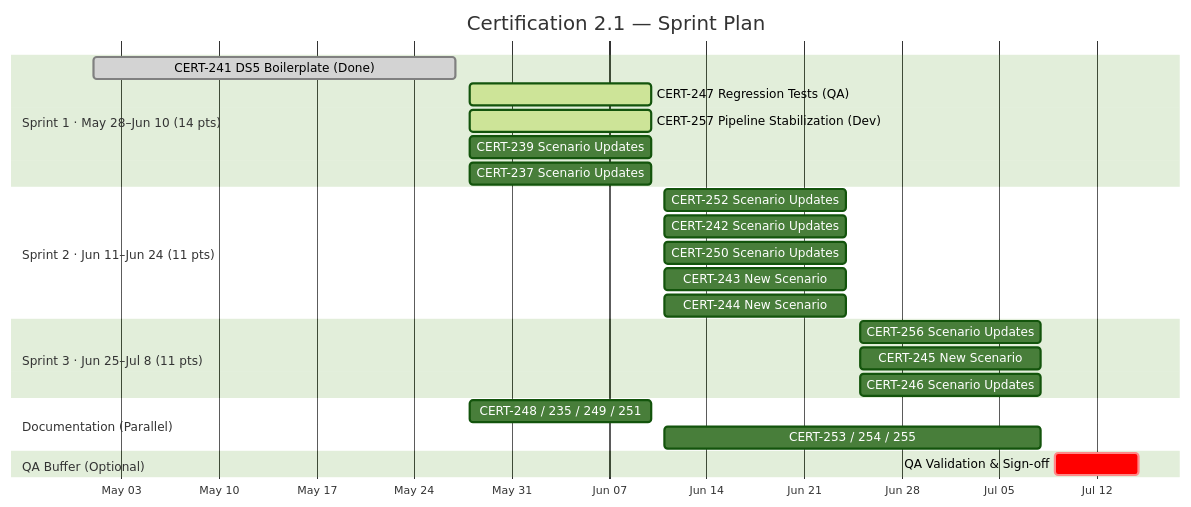
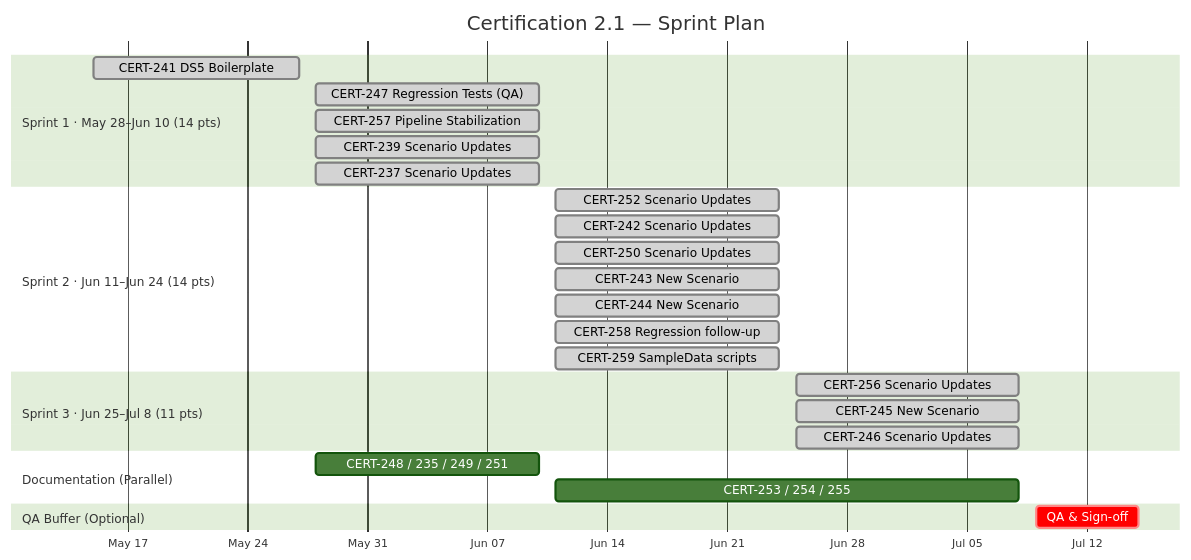
One commit to Ed-Fi-Alliance-OSS/certification-testing changed the second of 3 diagrams in bruno/docs/Certification 2.1 Roadmap.md. Above: the diagram before and after it, drawn with Mermaid (forest theme). The commit also changed other lines of this file and 39 other files, not shown here.

First line of the commit message:
[CERT-245] StudentEdOrgResponsibilityAssoc scenario (#140)

````diff
--- a/bruno/docs/Certification 2.1 Roadmap.md
+++ b/bruno/docs/Certification 2.1 Roadmap.md
@@ -102,32 +110,34 @@
 ```mermaid
 gantt
     title Certification 2.1 — Sprint Plan
     dateFormat  YYYY-MM-DD
     axisFormat  %b %d
 
     section Sprint 1 · May 28–Jun 10 (14 pts)
-    CERT-241 DS5 Boilerplate (Done)         :done,   cert241, 2026-05-01, 2026-05-27
-    CERT-247 Regression Tests (QA)          :active, cert247, 2026-05-28, 2026-06-10
-    CERT-257 Pipeline Stabilization (Dev)   :active, cert257, 2026-05-28, 2026-06-10
-    CERT-239 Scenario Updates               :cert239, 2026-05-28, 2026-06-10
-    CERT-237 Scenario Updates               :cert237, 2026-05-28, 2026-06-10
+    CERT-241 DS5 Boilerplate         :done, cert241, 2026-05-15, 2026-05-27
+    CERT-247 Regression Tests (QA)          :done, cert247, 2026-05-28, 2026-06-10
+    CERT-257 Pipeline Stabilization    :done, cert257, 2026-05-28, 2026-06-10
+    CERT-239 Scenario Updates               :done, cert239, 2026-05-28, 2026-06-10
+    CERT-237 Scenario Updates               :done, cert237, 2026-05-28, 2026-06-10
 
-    section Sprint 2 · Jun 11–Jun 24 (11 pts)
-    CERT-252 Scenario Updates               :cert252, 2026-06-11, 2026-06-24
-    CERT-242 Scenario Updates               :cert242, 2026-06-11, 2026-06-24
-    CERT-250 Scenario Updates               :cert250, 2026-06-11, 2026-06-24
-    CERT-243 New Scenario                   :cert243, 2026-06-11, 2026-06-24
-    CERT-244 New Scenario                   :cert244, 2026-06-11, 2026-06-24
+    section Sprint 2 · Jun 11–Jun 24 (14 pts)
+    CERT-252 Scenario Updates               :done, cert252, 2026-06-11, 2026-06-24
+    CERT-242 Scenario Updates               :done, cert242, 2026-06-11, 2026-06-24
+    CERT-250 Scenario Updates               :done, cert250, 2026-06-11, 2026-06-24
+    CERT-243 New Scenario                   :done, cert243, 2026-06-11, 2026-06-24
+    CERT-244 New Scenario                   :done, cert244, 2026-06-11, 2026-06-24
+    CERT-258 Regression follow-up           :done, cert258, 2026-06-11, 2026-06-24
+    CERT-259 SampleData scripts             :done, cert259, 2026-06-11, 2026-06-24
 
     section Sprint 3 · Jun 25–Jul 8 (11 pts)
-    CERT-256 Scenario Updates               :cert256, 2026-06-25, 2026-07-08
-    CERT-245 New Scenario                   :cert245, 2026-06-25, 2026-07-08
-    CERT-246 Scenario Updates               :cert246, 2026-06-25, 2026-07-08
+    CERT-256 Scenario Updates               :done, cert256, 2026-06-25, 2026-07-08
+    CERT-245 New Scenario                   :done, cert245, 2026-06-25, 2026-07-08
+    CERT-246 Scenario Updates               :done, cert246, 2026-06-25, 2026-07-08
 
     section Documentation (Parallel)
-    CERT-248 / 235 / 249 / 251            :doc1, 2026-05-28, 2026-06-10
-    CERT-253 / 254 / 255                  :doc2, 2026-06-11, 2026-07-08
+    CERT-248 / 235 / 249 / 251              :doc1, 2026-05-28, 2026-06-10
+    CERT-253 / 254 / 255                    :doc2, 2026-06-11, 2026-07-08
 
     section QA Buffer (Optional)
-    QA Validation & Sign-off              :crit, qa, 2026-07-09, 2026-07-15
+    QA & Sign-off                :crit, qa, 2026-07-09, 2026-07-15
 ```
````
